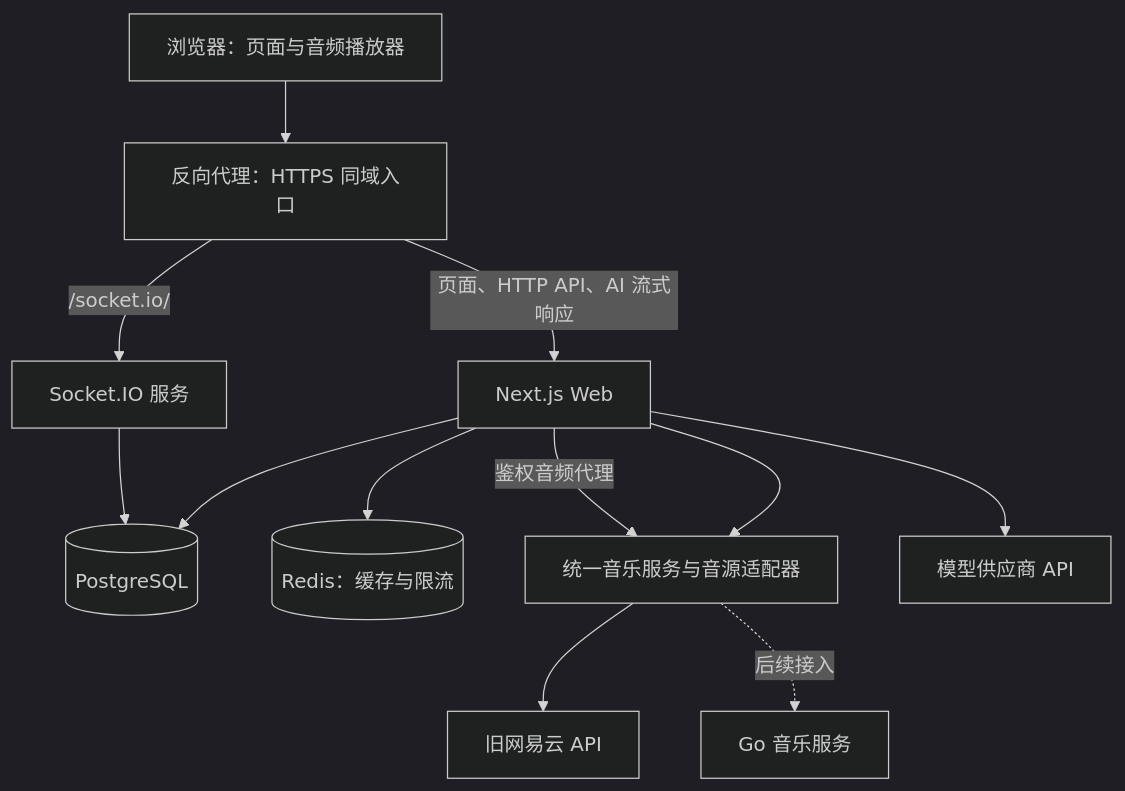
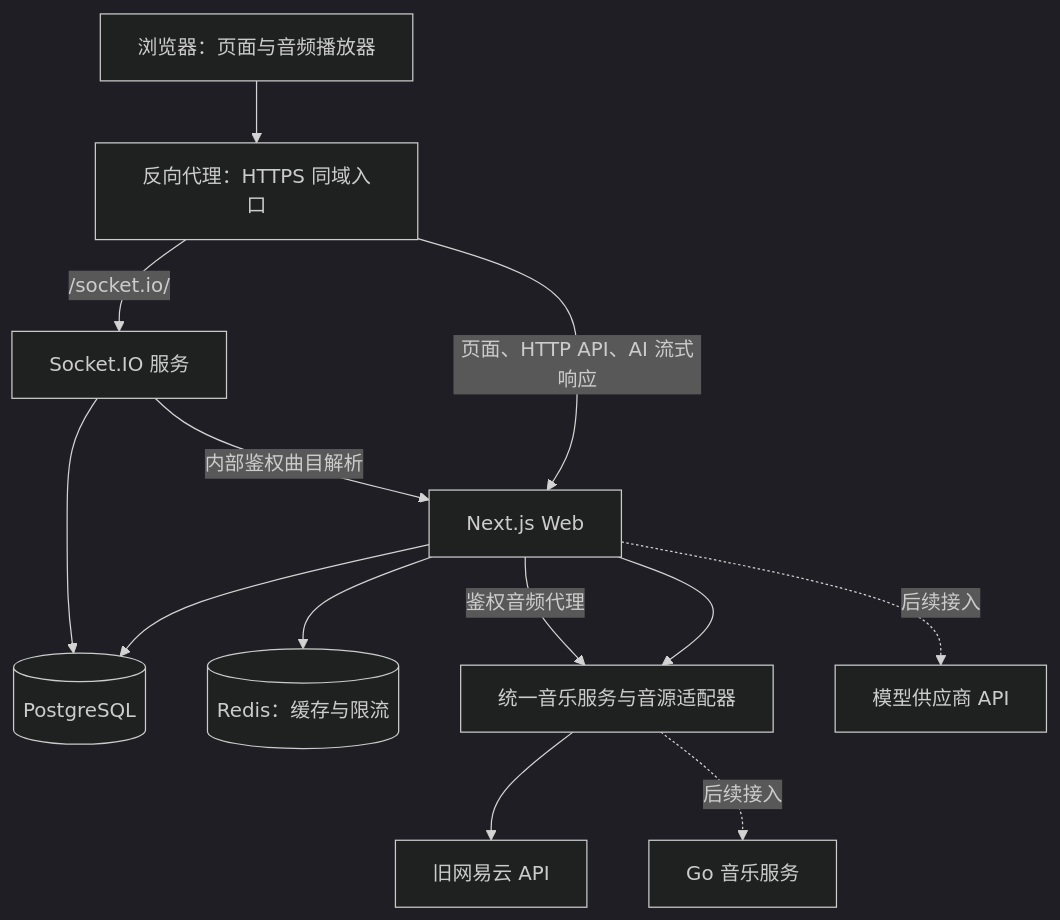
Before and after one commit to NaClzzz/POOL: the diagram in docs/项目概览.md, drawn with Mermaid (dark theme). The commit also changed other lines of this file and 60 other files, not shown here.

````diff
--- a/docs/项目概览.md
+++ b/docs/项目概览.md
@@ -65,14 +69,15 @@
 ```mermaid
 flowchart TD
     Browser[浏览器：页面与音频播放器] --> Proxy[反向代理：HTTPS 同域入口]
     Proxy -->|页面、HTTP API、AI 流式响应| Web[Next.js Web]
     Proxy -->|/socket.io/| Realtime[Socket.IO 服务]
     Web --> PG[(PostgreSQL)]
     Web --> Redis[(Redis：缓存与限流)]
     Realtime --> PG
     Web --> Music[统一音乐服务与音源适配器]
     Music --> Legacy[旧网易云 API]
     Music -. 后续接入 .-> Go[Go 音乐服务]
-    Web --> AI[模型供应商 API]
+    Web -. 后续接入 .-> AI[模型供应商 API]
+    Realtime -->|内部鉴权曲目解析| Web
     Web -->|鉴权音频代理| Music
 ```
````
